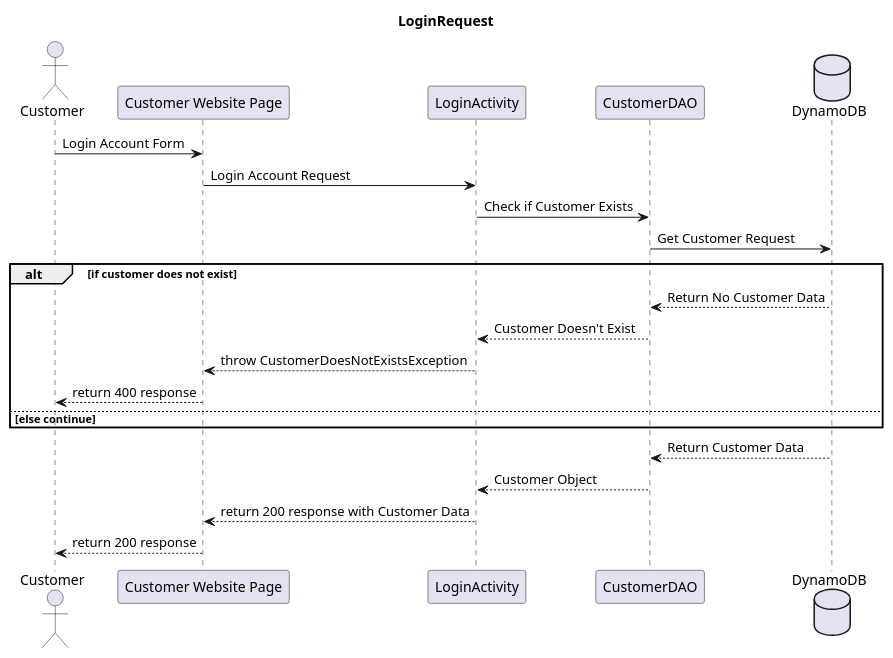
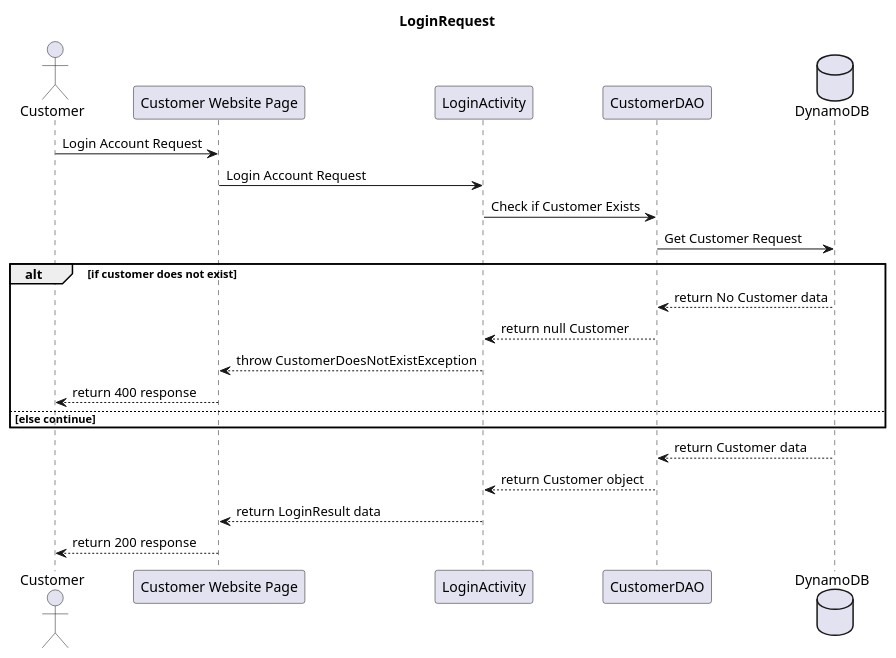
One commit to sylviamohos/CoolWithCouleBackend changed the diagram in project_documents/Design/Sequence Diagrams/LogInRequest.puml. Above: the diagram before and after it, drawn with PlantUML. The commit also changed 11 other files, not shown here.

Commit message:
Edited and cleaned up sequence diagrams

```diff
--- a/project_documents/Design/Sequence Diagrams/LogInRequest.puml
+++ b/project_documents/Design/Sequence Diagrams/LogInRequest.puml
@@ -1,28 +1,28 @@
 @startuml
 'https://plantuml.com/sequence-diagram
 
 actor "Customer" as client
 participant "Customer Website Page" as apiGateway
 participant "LoginActivity" as loginActivity
 participant "CustomerDAO" as customerDao
 database "DynamoDB" as dynamoDB
 
 title LoginRequest
 
-client -> apiGateway : Login Account Form
+client -> apiGateway : Login Account Request
 apiGateway -> loginActivity : Login Account Request
 loginActivity -> customerDao : Check if Customer Exists
 customerDao -> dynamoDB : Get Customer Request
 
 alt if customer does not exist
-dynamoDB --> customerDao : Return No Customer Data
-customerDao --> loginActivity : Customer Doesn't Exist
-loginActivity --> apiGateway : throw CustomerDoesNotExistsException
+dynamoDB --> customerDao : return No Customer data
+customerDao --> loginActivity : return null Customer
+loginActivity --> apiGateway : throw CustomerDoesNotExistException
 apiGateway --> client : return 400 response
 else else continue
 end
-dynamoDB --> customerDao : Return Customer Data
-customerDao --> loginActivity : Customer Object
-loginActivity --> apiGateway : return 200 response with Customer Data
+dynamoDB --> customerDao : return Customer data
+customerDao --> loginActivity : return Customer object
+loginActivity --> apiGateway : return LoginResult data
 apiGateway --> client : return 200 response
 @enduml
```
